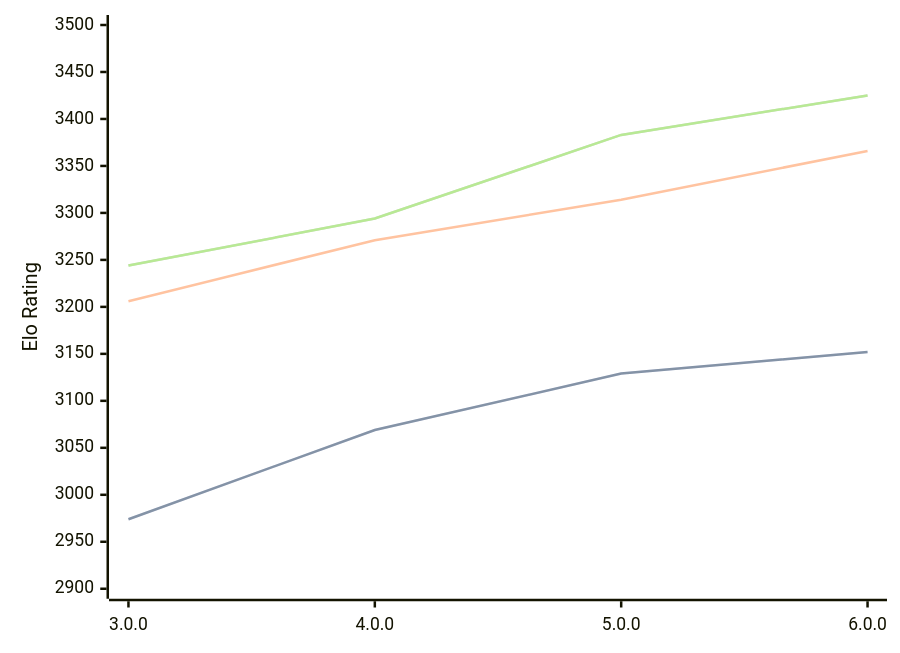
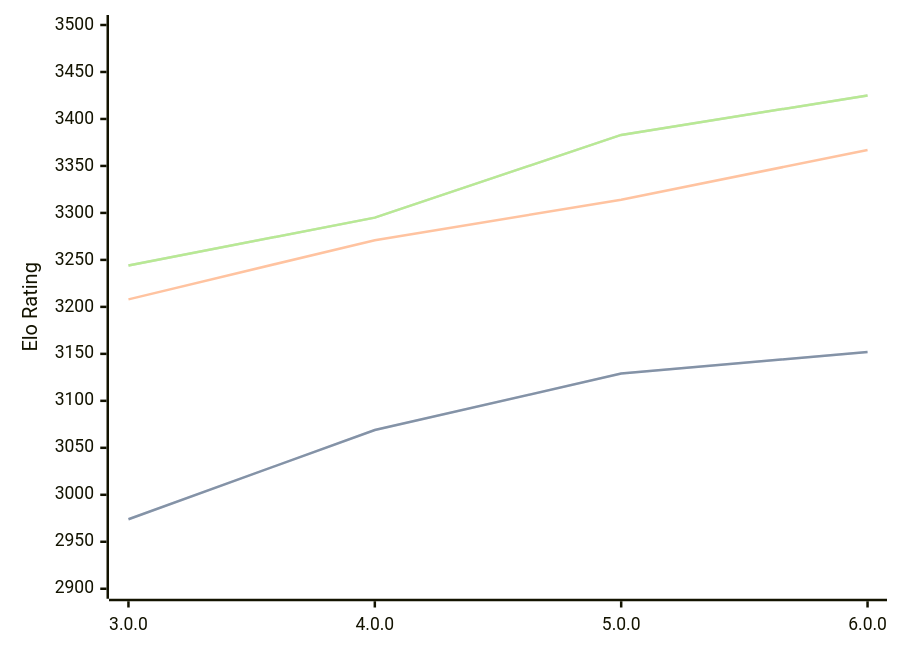
One commit to computer-chess-index/cci changed the diagram in engines/Minke.md. Above: the diagram before and after it, drawn with Mermaid. The commit also changed other lines of this file, not shown here.

Commit message:
Update CCI Ratings (ELO VLTC) - 2026-08-24

````diff
--- a/engines/Minke.md
+++ b/engines/Minke.md
@@ -34,11 +34,11 @@
 ```mermaid
 %%{init: {"theme":"base","themeVariables":{"seriesColors:['#a3a3a3','#222221','#faa371']}}}%%
 xychart-beta
   x-axis ["3.0.0", "4.0.0", "5.0.0", "6.0.0"]
   y-axis "Elo Rating" 2900 --> 3500
   line "STC (8.0+0.08s)" [2974, 3069, 3129, 3152]
   line "STC (8.0+0.08s)" [2974, 3069, 3129, 3152]
-  line "LTC (60.0+0.60s)" [3206, 3271, 3314, 3366]
-  line "VLTC (2m24s+1.12s)" [3244, 3294, 3383, 3425]
-  line "VLTC (2m24s+1.12s)" [3244, 3294, 3383, 3425]
+  line "LTC (60.0+0.60s)" [3208, 3271, 3314, 3367]
+  line "VLTC (2m24s+1.12s)" [3244, 3295, 3383, 3425]
+  line "VLTC (2m24s+1.12s)" [3244, 3295, 3383, 3425]
 ```
````
